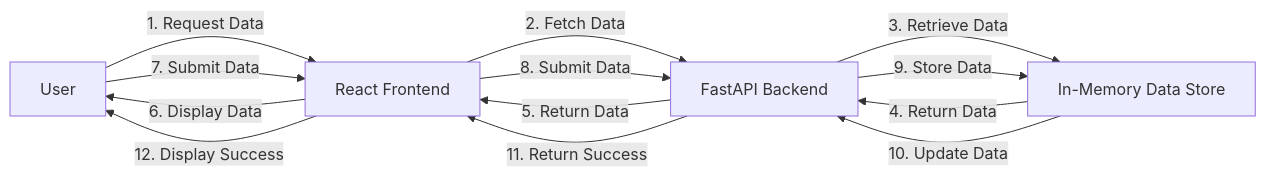
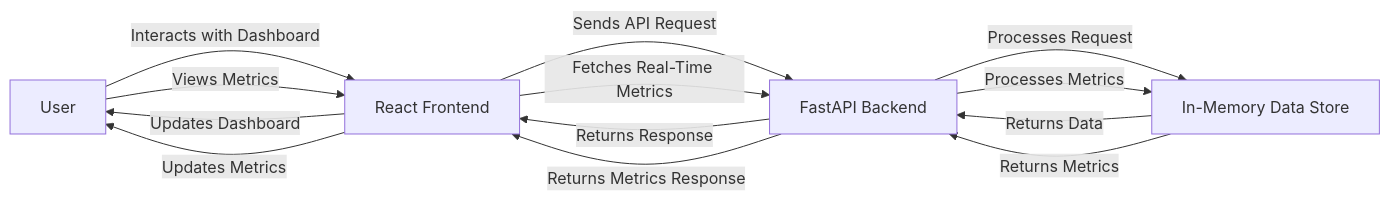
Before and after one commit to coddyieee-sketch/ram-weather-optimizer-pro-max-plus: the diagram in PROJECT_DOC.md, drawn with Mermaid. The commit also changed other lines of this file and 6 other files, not shown here.

````diff
--- a/PROJECT_DOC.md
+++ b/PROJECT_DOC.md
@@ -24,15 +8,15 @@
 ```mermaid
 graph LR
-    A[User] -->|1. Request Data| B[React Frontend]
-    B -->|2. Fetch Data| C[FastAPI Backend]
-    C -->|3. Retrieve Data| D[In-Memory Data Store]
-    D -->|4. Return Data| C
-    C -->|5. Return Data| B
-    B -->|6. Display Data| A
-    A -->|7. Submit Data| B
-    B -->|8. Submit Data| C
-    C -->|9. Store Data| D
-    D -->|10. Update Data| C
-    C -->|11. Return Success| B
-    B -->|12. Display Success| A
+    A[User] -->|Interacts with Dashboard| B[React Frontend]
+    B -->|Sends API Request| C[FastAPI Backend]
+    C -->|Processes Request| D[In-Memory Data Store]
+    D -->|Returns Data| C
+    C -->|Returns Response| B
+    B -->|Updates Dashboard| A
+    A -->|Views Metrics| B
+    B -->|Fetches Real-Time Metrics| C
+    C -->|Processes Metrics| D
+    D -->|Returns Metrics| C
+    C -->|Returns Metrics Response| B
+    B -->|Updates Metrics| A
 ```
````
